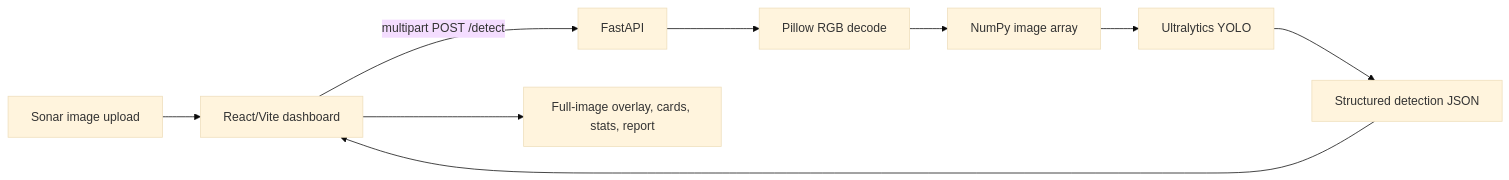
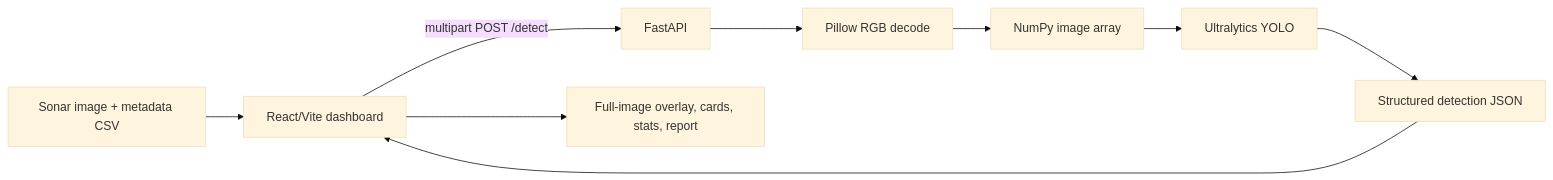
Before and after one commit to bhargav-puppala/DeepSight: the first of 2 diagrams in README.md, drawn with Mermaid (base theme). The commit also changed other lines of this file and 4 other files, not shown here.

````diff
--- a/README.md
+++ b/README.md
@@ -21,11 +21,11 @@
 ```mermaid
 flowchart LR
-    A[Sonar image upload] --> B[React/Vite dashboard]
+    A[Sonar image + metadata CSV] --> B[React/Vite dashboard]
     B -->|multipart POST /detect| C[FastAPI]
     C --> D[Pillow RGB decode]
     D --> E[NumPy image array]
     E --> F[Ultralytics YOLO]
     F --> G[Structured detection JSON]
     G --> B
     B --> H[Full-image overlay, cards, stats, report]
 ```
````
